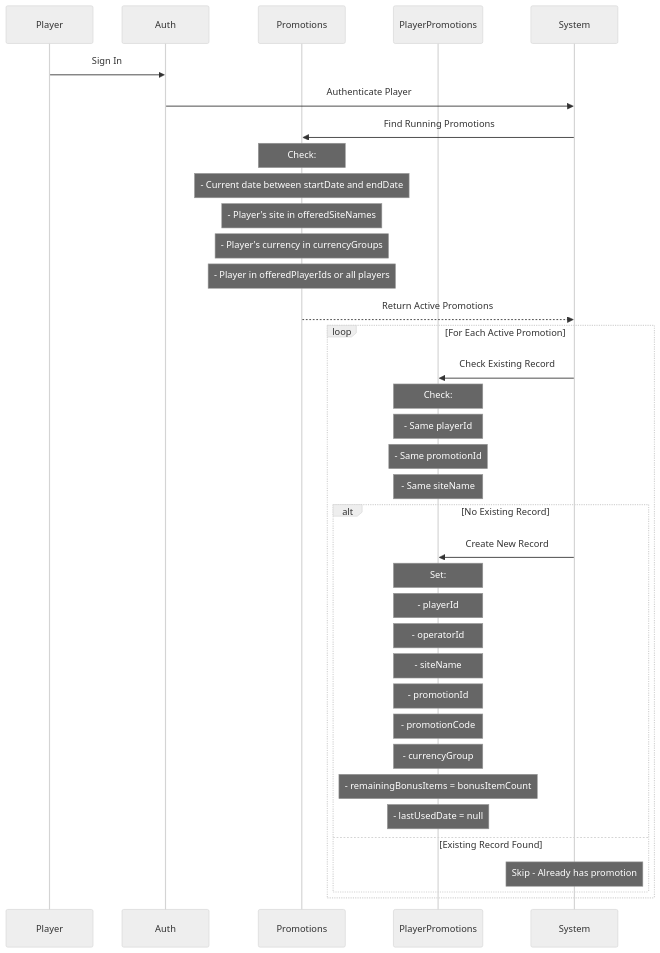
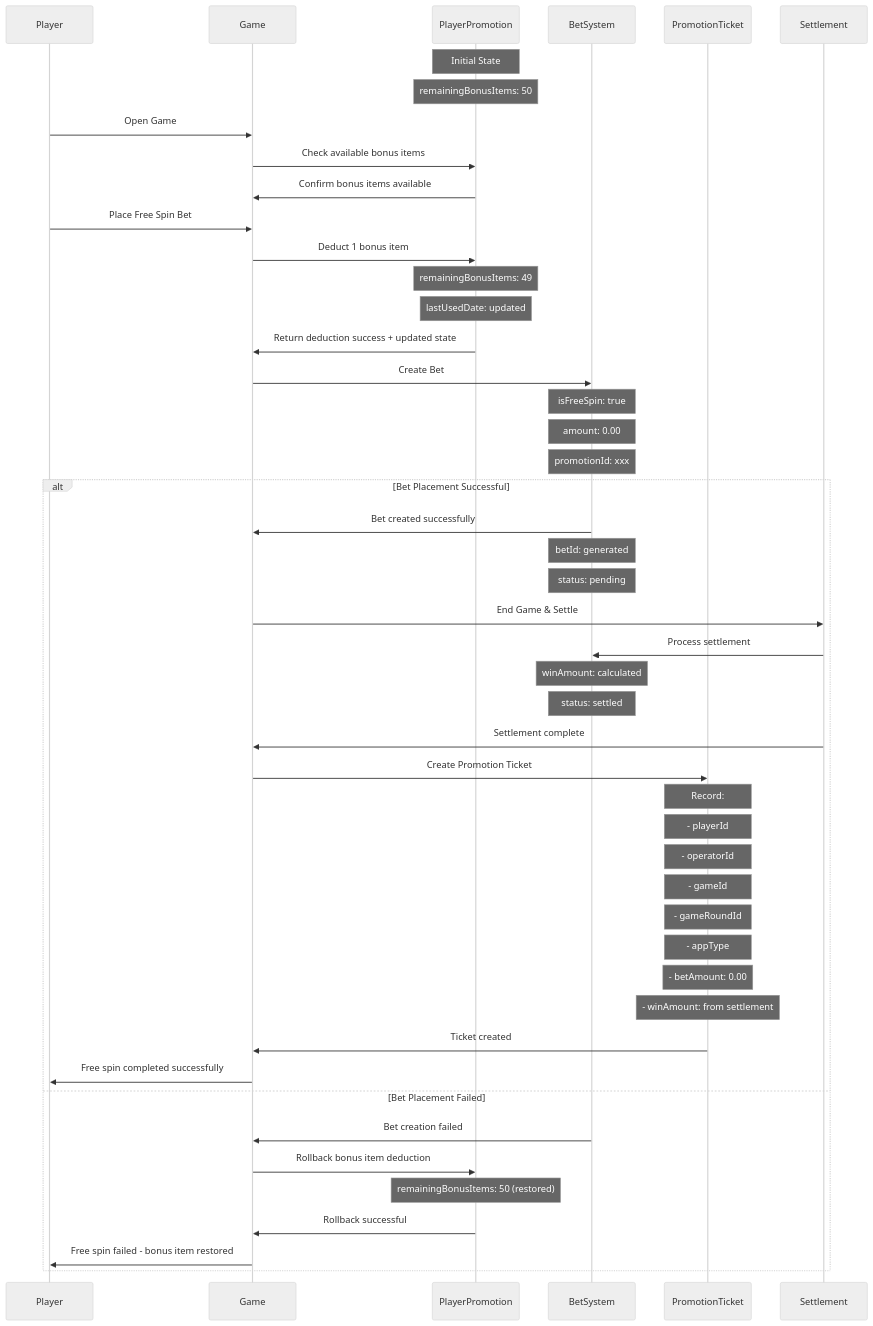
The first of 3 diagrams in diagrams/data-models/FreeSpinFlow.md (starixvn/l1_backend-services_game-promotion-api), drawn with Mermaid (neutral theme) before and after one commit. The commit also changed other lines of this file and 3 other files, not shown here.

````diff
--- a/diagrams/data-models/FreeSpinFlow.md
+++ b/diagrams/data-models/FreeSpinFlow.md
@@ -5,43 +11,64 @@
 ```mermaid
 sequenceDiagram
     participant Player
-    participant Auth
-    participant Promotions
-    participant PlayerPromotions
-    participant System
+    participant Game
+    participant PP as PlayerPromotion
+    participant B as BetSystem
+    participant PT as PromotionTicket
+    participant S as Settlement
 
-    Player->>Auth: Sign In
-    Auth->>System: Authenticate Player
+    Note over PP: Initial State
+    Note over PP: remainingBonusItems: 50
 
-    System->>Promotions: Find Running Promotions
-    Note over Promotions: Check:
-    Note over Promotions: - Current date between startDate and endDate
-    Note over Promotions: - Player's site in offeredSiteNames
-    Note over Promotions: - Player's currency in currencyGroups
-    Note over Promotions: - Player in offeredPlayerIds or all players
+    Player->>Game: Open Game
+    Game->>PP: Check available bonus items
+    PP->>Game: Confirm bonus items available
 
-    Promotions-->>System: Return Active Promotions
+    Player->>Game: Place Free Spin Bet
 
-    loop For Each Active Promotion
-        System->>PlayerPromotions: Check Existing Record
-        Note over PlayerPromotions: Check:
-        Note over PlayerPromotions: - Same playerId
-        Note over PlayerPromotions: - Same promotionId
-        Note over PlayerPromotions: - Same siteName
+    %% Step 1: Deduct free spin BEFORE placing bet
+    Game->>PP: Deduct 1 bonus item
+    Note over PP: remainingBonusItems: 49
+    Note over PP: lastUsedDate: updated
+    PP->>Game: Return deduction success + updated state
 
-        alt No Existing Record
-            System->>PlayerPromotions: Create New Record
-            Note over PlayerPromotions: Set:
-            Note over PlayerPromotions: - playerId
-            Note over PlayerPromotions: - operatorId
-            Note over PlayerPromotions: - siteName
-            Note over PlayerPromotions: - promotionId
-            Note over PlayerPromotions: - promotionCode
-            Note over PlayerPromotions: - currencyGroup
-            Note over PlayerPromotions: - remainingBonusItems = bonusItemCount
-            Note over PlayerPromotions: - lastUsedDate = null
-        else Existing Record Found
-            Note over System: Skip - Already has promotion
-        end
+    %% Step 2: Attempt to place bet
+    Game->>B: Create Bet
+    Note over B: isFreeSpin: true
+    Note over B: amount: 0.00
+    Note over B: promotionId: xxx
+
+    alt Bet Placement Successful
+        B->>Game: Bet created successfully
+        Note over B: betId: generated
+        Note over B: status: pending
+
+        %% Step 3: End game and settle
+        Game->>S: End Game & Settle
+        S->>B: Process settlement
+        Note over B: winAmount: calculated
+        Note over B: status: settled
+        S->>Game: Settlement complete
+
+        %% Step 4: Create promotion ticket (regardless of win/loss)
+        Game->>PT: Create Promotion Ticket
+        Note over PT: Record:
+        Note over PT: - playerId
+        Note over PT: - operatorId
+        Note over PT: - gameId
+        Note over PT: - gameRoundId
+        Note over PT: - appType
+        Note over PT: - betAmount: 0.00
+        Note over PT: - winAmount: from settlement
+        PT->>Game: Ticket created
+
+        Game->>Player: Free spin completed successfully
+
+    else Bet Placement Failed
+        B->>Game: Bet creation failed
+        Game->>PP: Rollback bonus item deduction
+        Note over PP: remainingBonusItems: 50 (restored)
+        PP->>Game: Rollback successful
+        Game->>Player: Free spin failed - bonus item restored
     end
 ```
````
